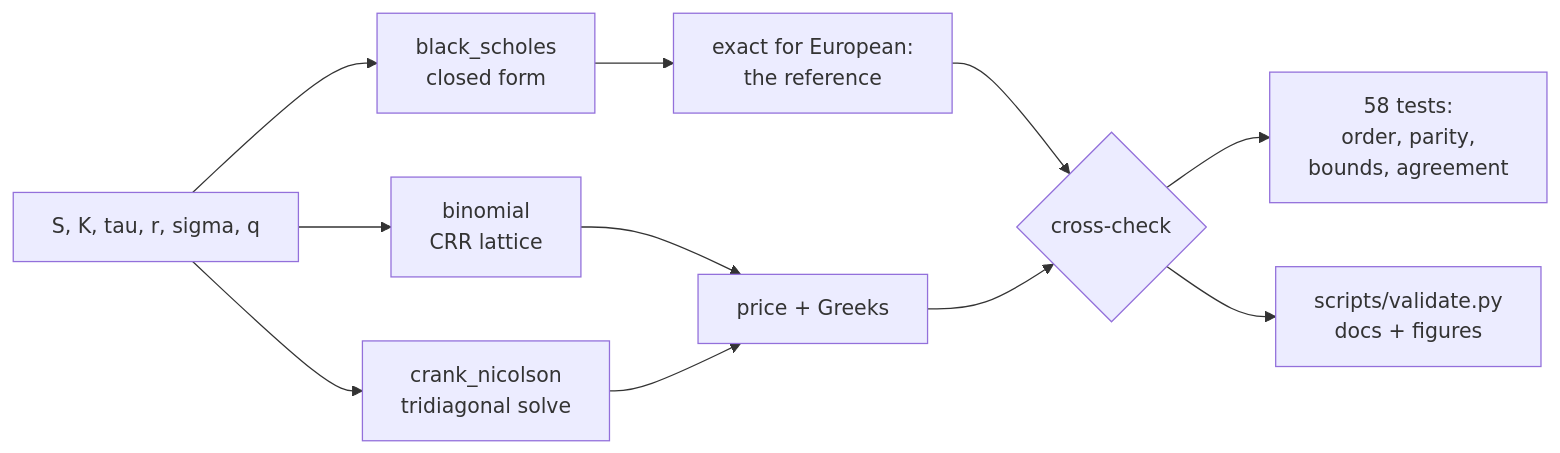
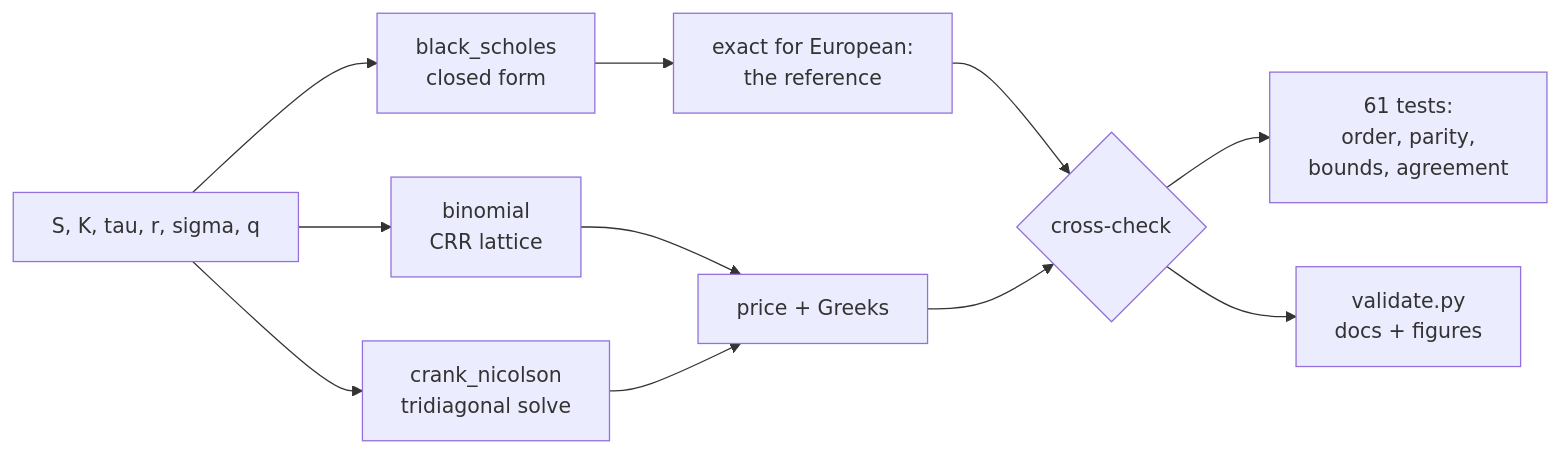
Before and after one commit to vincal848/options-pricing: the diagram in README.md, drawn with Mermaid. The commit also changed other lines of this file and 23 other files, not shown here.

````diff
--- a/README.md
+++ b/README.md
@@ -132,13 +140,13 @@
 ```mermaid
 flowchart LR
     P[S, K, tau, r, sigma, q] --> BS[black_scholes<br/>closed form]
     P --> BN[binomial<br/>CRR lattice]
     P --> CN[crank_nicolson<br/>tridiagonal solve]
     BS --> EX[exact for European:<br/>the reference]
     BN --> NUM[price + Greeks]
     CN --> NUM
     EX --> CHK{cross-check}
     NUM --> CHK
-    CHK --> T[58 tests:<br/>order, parity,<br/>bounds, agreement]
-    CHK --> V[scripts/validate.py<br/>docs + figures]
+    CHK --> T[61 tests:<br/>order, parity,<br/>bounds, agreement]
+    CHK --> V[validate.py<br/>docs + figures]
 ```
````
